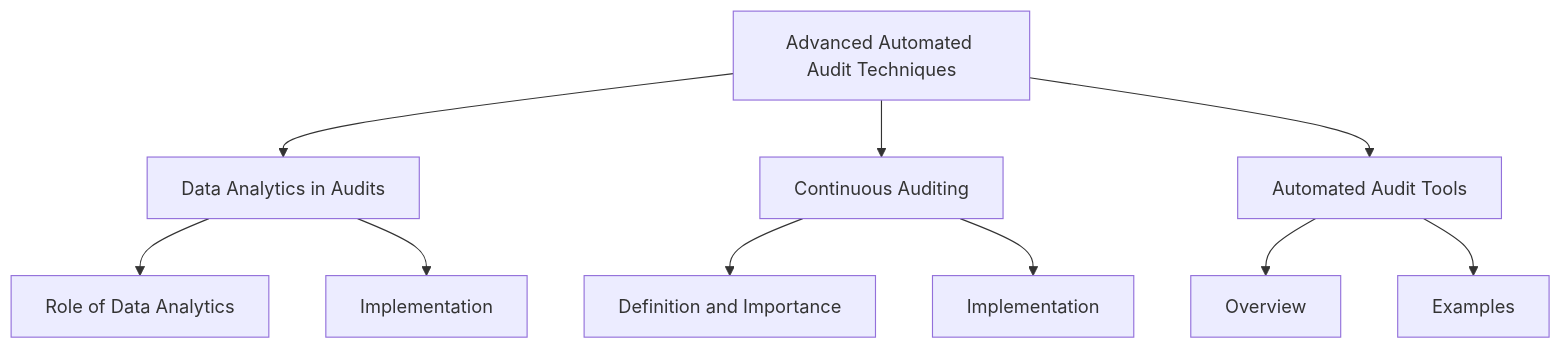
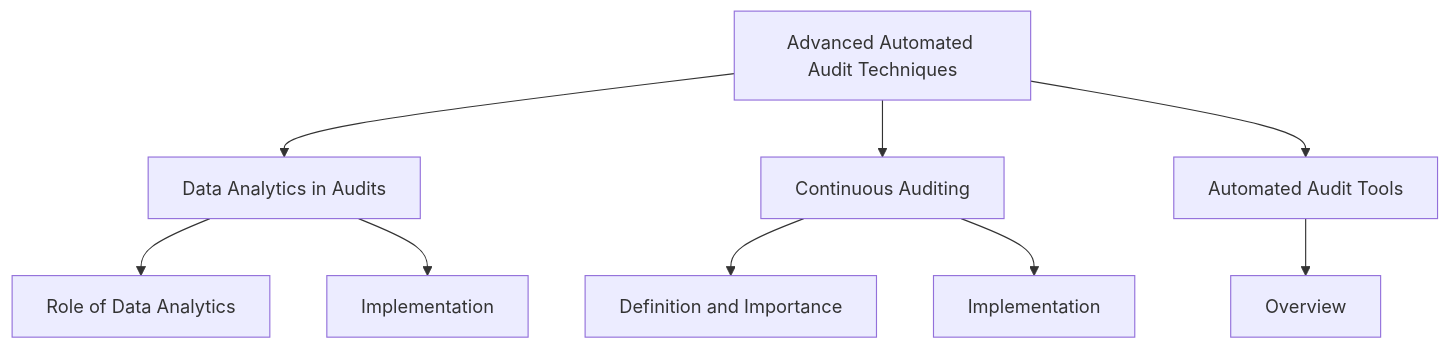
One commit to opsfolio/docs.opsfolio.com changed the first of 3 diagrams in src/content/docs/automating-compliance/automated-auditing-and-assurance/advanced-topics.md. Above: the diagram before and after it, drawn with Mermaid. The commit also changed other lines of this file and 6 other files, not shown here.

````diff
--- a/src/content/docs/automating-compliance/automated-auditing-and-assurance/advanced-topics.md
+++ b/src/content/docs/automating-compliance/automated-auditing-and-assurance/advanced-topics.md
@@ -34,12 +30,11 @@
 ```mermaid
 graph TD;
     A[Advanced Automated Audit Techniques] --> B[Data Analytics in Audits];
     A --> C[Continuous Auditing];
     A --> D[Automated Audit Tools];
     B --> E[Role of Data Analytics];
     B --> F[Implementation];
     C --> G[Definition and Importance];
     C --> H[Implementation];
     D --> I[Overview];
-    D --> J[Examples];
 ```
````
